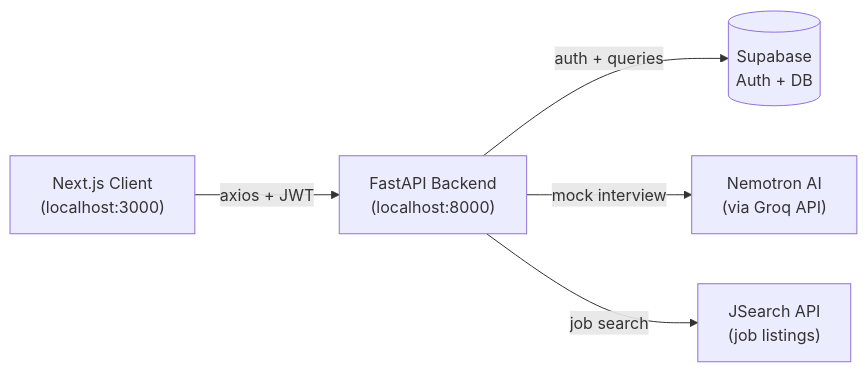
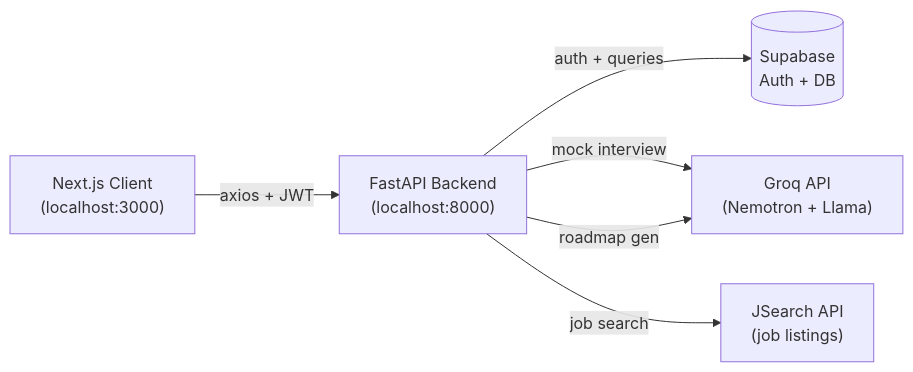
Before and after one commit to Udaya04/CarrerOS: the diagram in README.md, drawn with Mermaid. The commit also changed other lines of this file, not shown here.

Commit message:
docs: add Roadmap Generator to README features, architecture, and services

````diff
--- a/README.md
+++ b/README.md
@@ -44,13 +45,14 @@
 ```mermaid
 graph LR
     Client["Next.js Client<br/>(localhost:3000)"]
     API["FastAPI Backend<br/>(localhost:8000)"]
     Supabase[("Supabase<br/>Auth + DB")]
-    Nemotron["Nemotron AI<br/>(via Groq API)"]
+    Groq["Groq API<br/>(Nemotron + Llama)"]
     JSearch["JSearch API<br/>(job listings)"]
 
     Client -->|axios + JWT| API
     API -->|auth + queries| Supabase
-    API -->|mock interview| Nemotron
+    API -->|mock interview| Groq
+    API -->|roadmap gen| Groq
     API -->|job search| JSearch
 ```
````
